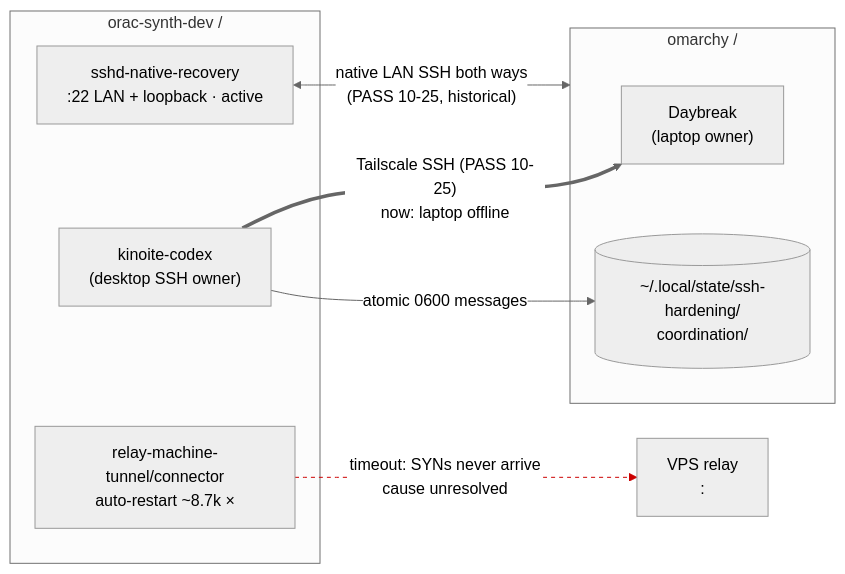
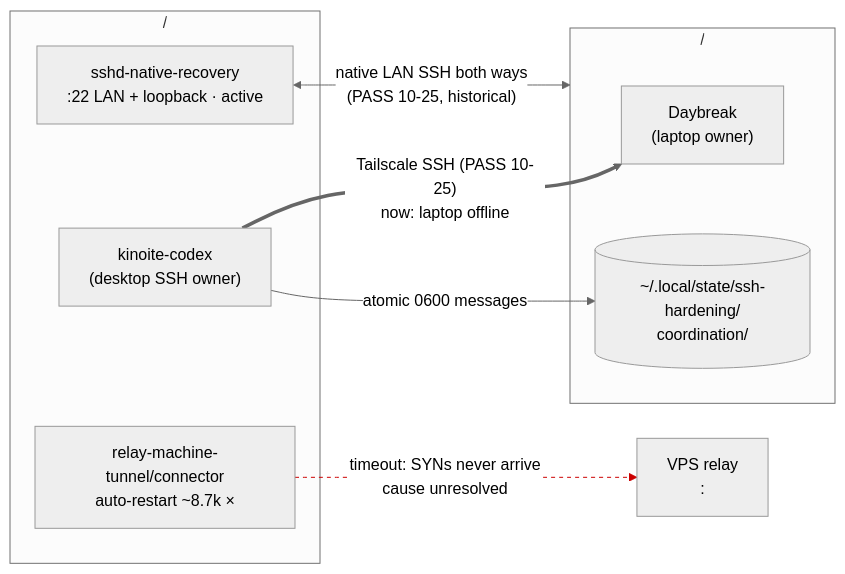
The diagram in Collective.vault/Operations/SSH State.md (Louranicas/collective-plugin), drawn with Mermaid (neutral theme) before and after one commit. The commit also changed other lines of this file and 20 other files, not shown here.

````diff
--- a/Collective.vault/Operations/SSH State.md
+++ b/Collective.vault/Operations/SSH State.md
@@ -15,22 +15,22 @@
 ```mermaid
 flowchart LR
-    subgraph Desktop["orac-synth-dev <desktop-tailnet-ip> / <desktop-lan-ip>"]
+    subgraph Desktop["<desktop-host> <desktop-tailnet-ip> / <desktop-lan-ip>"]
         KC["kinoite-codex<br/>(desktop SSH owner)"]
         SN["sshd-native-recovery<br/>:22 LAN + loopback · active"]
         RT["relay-machine-tunnel/connector<br/>auto-restart ~8.7k ×"]
     end
 
-    subgraph Laptop["omarchy <laptop-tailnet-ip> / <laptop-lan-ip>"]
+    subgraph Laptop["<laptop-host> <laptop-tailnet-ip> / <laptop-lan-ip>"]
         DB["Daybreak<br/>(laptop owner)"]
         CD[("~/.local/state/ssh-hardening/<br/>coordination/")]
     end
 
     VPS["VPS relay<br/><relay-vps>:<port>"]
 
     KC ==>|"Tailscale SSH (PASS 10-25)<br/>now: laptop offline"| DB
     SN <-->|"native LAN SSH both ways<br/>(PASS 10-25, historical)"| Laptop
     RT -.->|"timeout: SYNs never arrive<br/>cause unresolved"| VPS
     KC -->|atomic 0600 messages| CD
 
     linkStyle 2 stroke:#c00,stroke-dasharray:4
 ```
````
